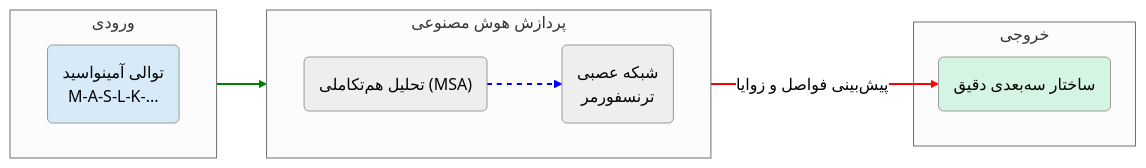
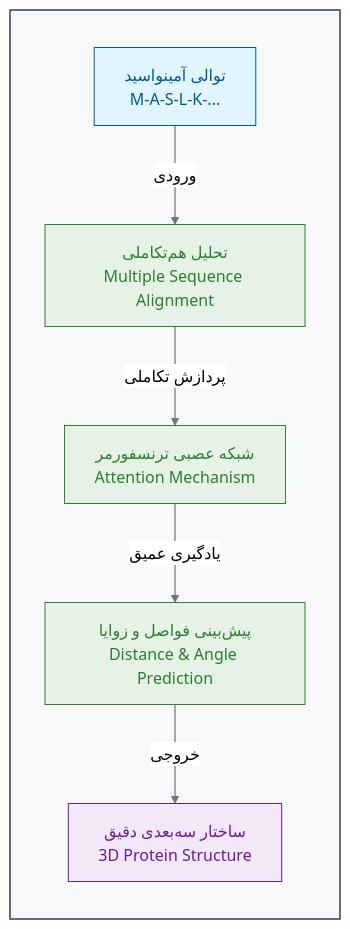
One commit to rezashahnazar/practical-ai-in-biology-book changed the diagram in 02-how-machines-learn/04-case-study-alphafold.md. Above: the diagram before and after it, drawn with Mermaid (neutral theme). The commit also changed other lines of this file and 6 other files, not shown here.

Commit message:
Enhance content in multiple chapters on machine learning, including detailed explanations of supervised and unsupervised learning, case study on AlphaFold, and an interactive exercise for training a neuron. Add references and improve clarity throughout the sections.

````diff
--- a/02-how-machines-learn/04-case-study-alphafold.md
+++ b/02-how-machines-learn/04-case-study-alphafold.md
@@ -33,25 +33,34 @@
 ```mermaid
-graph LR
-    subgraph "ورودی"
-        direction LR
-        Seq("توالی آمینواسید<br>M-A-S-L-K-...")
+flowchart TD
+    %% Style Definitions
+    classDef phase fill:#f8f9fa,stroke:#2c3e50,stroke-width:1.5px,color:#2c3e50
+    classDef input fill:#e1f5fe,stroke:#01579b,stroke-width:1px,color:#01579b
+    classDef process fill:#e6f2e6,stroke:#2e7d32,stroke-width:1px,color:#2e7d32
+    classDef model fill:#f3e8f7,stroke:#6a1b9a,stroke-width:1px,color:#6a1b9a
+
+    %% AlphaFold Process
+    subgraph AlphaFold [" "]
+        direction TB
+        A["توالی آمینواسید<br>M-A-S-L-K-..."]
+        B["تحلیل هم‌تکاملی<br>Multiple Sequence Alignment"]
+        C["شبکه عصبی ترنسفورمر<br>Attention Mechanism"]
+        D["پیش‌بینی فواصل و زوایا<br>Distance & Angle Prediction"]
+        E["ساختار سه‌بعدی دقیق<br>3D Protein Structure"]
     end
 
-    subgraph "پردازش هوش مصنوعی"
-        direction LR
-        MSA("تحلیل هم‌تکاملی (MSA)") --> Attention("شبکه عصبی<br>ترنسفورمر");
-    end
+    %% Connections
+    A -->|"ورودی"| B
+    B -->|"پردازش تکاملی"| C
+    C -->|"یادگیری عمیق"| D
+    D -->|"خروجی"| E
 
-    subgraph "خروجی"
-        Protein3D("ساختار سه‌بعدی دقیق")
-    end
+    %% Apply Styles
+    class AlphaFold phase
+    class A input
+    class B,C,D process
+    class E model
 
-    Seq -- " " --> MSA;
-    Attention -- "پیش‌بینی فواصل و زوایا" --> Protein3D;
-
-    linkStyle 0 stroke-width:2px,stroke:blue,stroke-dasharray: 5 5;
-    linkStyle 1 stroke-width:2px,stroke:green;
-    linkStyle 2 stroke-width:2px,stroke:red;
-    style Seq fill:#D6EAF8
-    style Protein3D fill:#D5F5E3
+    %% Additional Styling for Rounded Shapes and Spacing
+    style AlphaFold fill:#f8f9fa,stroke:#2c3e50,stroke-width:1.5px
+    linkStyle default stroke:#6c757d,stroke-width:1.2px
 ```
````
